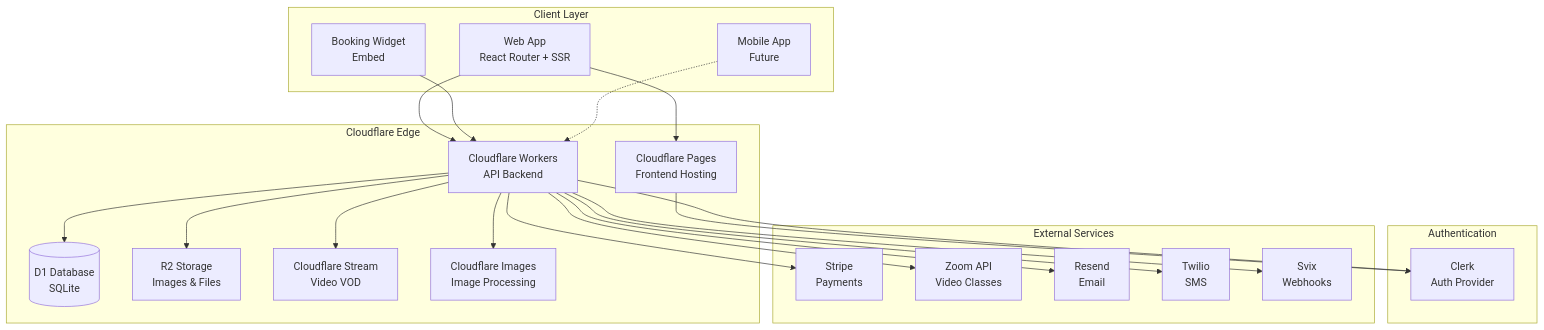
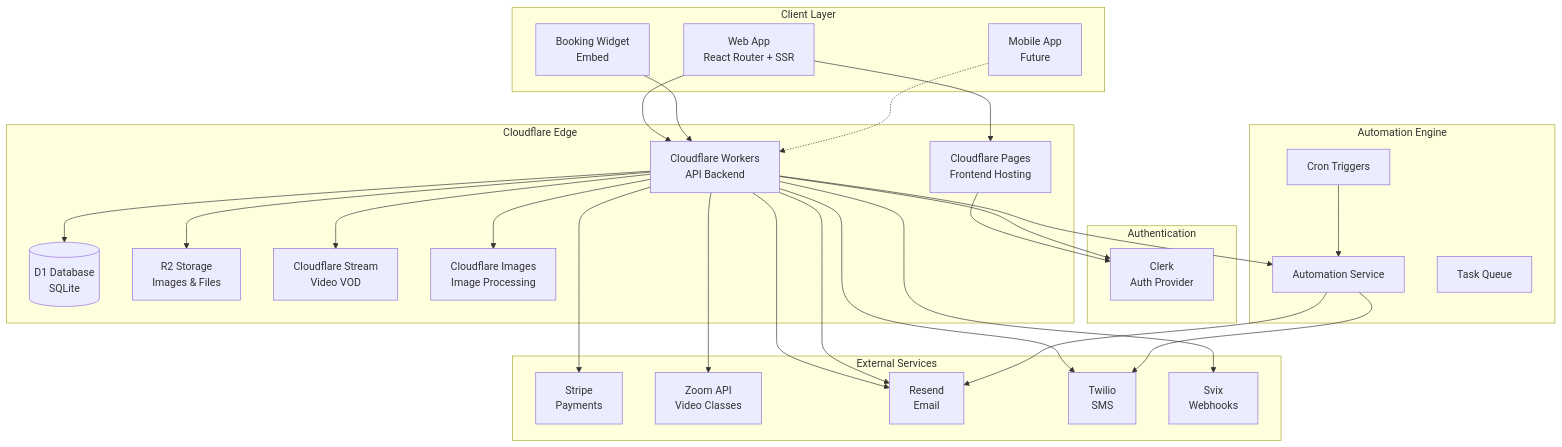
The first of 4 diagrams in docs/architecture.md (slichti/studio-platform-dev), drawn with Mermaid before and after one commit. The commit also changed 38 other files, not shown here.

````diff
--- a/docs/architecture.md
+++ b/docs/architecture.md
@@ -5,47 +5,59 @@
 ```mermaid
 flowchart TB
     subgraph "Client Layer"
         WEB[Web App<br/>React Router + SSR]
         MOBILE[Mobile App<br/>Future]
         WIDGET[Booking Widget<br/>Embed]
     end
 
     subgraph "Cloudflare Edge"
         PAGES[Cloudflare Pages<br/>Frontend Hosting]
         WORKERS[Cloudflare Workers<br/>API Backend]
         D1[(D1 Database<br/>SQLite)]
         R2[R2 Storage<br/>Images & Files]
         STREAM[Cloudflare Stream<br/>Video VOD]
         IMAGES[Cloudflare Images<br/>Image Processing]
     end
 
     subgraph "Authentication"
         CLERK[Clerk<br/>Auth Provider]
     end
 
     subgraph "External Services"
         STRIPE[Stripe<br/>Payments]
         ZOOM[Zoom API<br/>Video Classes]
         RESEND[Resend<br/>Email]
         TWILIO[Twilio<br/>SMS]
         SVIX[Svix<br/>Webhooks]
     end
 
     WEB --> PAGES
     WEB --> WORKERS
     WIDGET --> WORKERS
     MOBILE -.-> WORKERS
 
     PAGES --> CLERK
     WORKERS --> D1
     WORKERS --> R2
     WORKERS --> STREAM
     WORKERS --> IMAGES
     WORKERS --> CLERK
 
     WORKERS --> STRIPE
     WORKERS --> ZOOM
     WORKERS --> RESEND
+    WORKERS --> RESEND
     WORKERS --> TWILIO
     WORKERS --> SVIX
+    
+    subgraph "Automation Engine"
+        AUTO[Automation Service]
+        QUEUE[Task Queue]
+        CRON[Cron Triggers]
+    end
+    
+    WORKERS --> AUTO
+    CRON --> AUTO
+    AUTO --> RESEND
+    AUTO --> TWILIO
 ```
````
